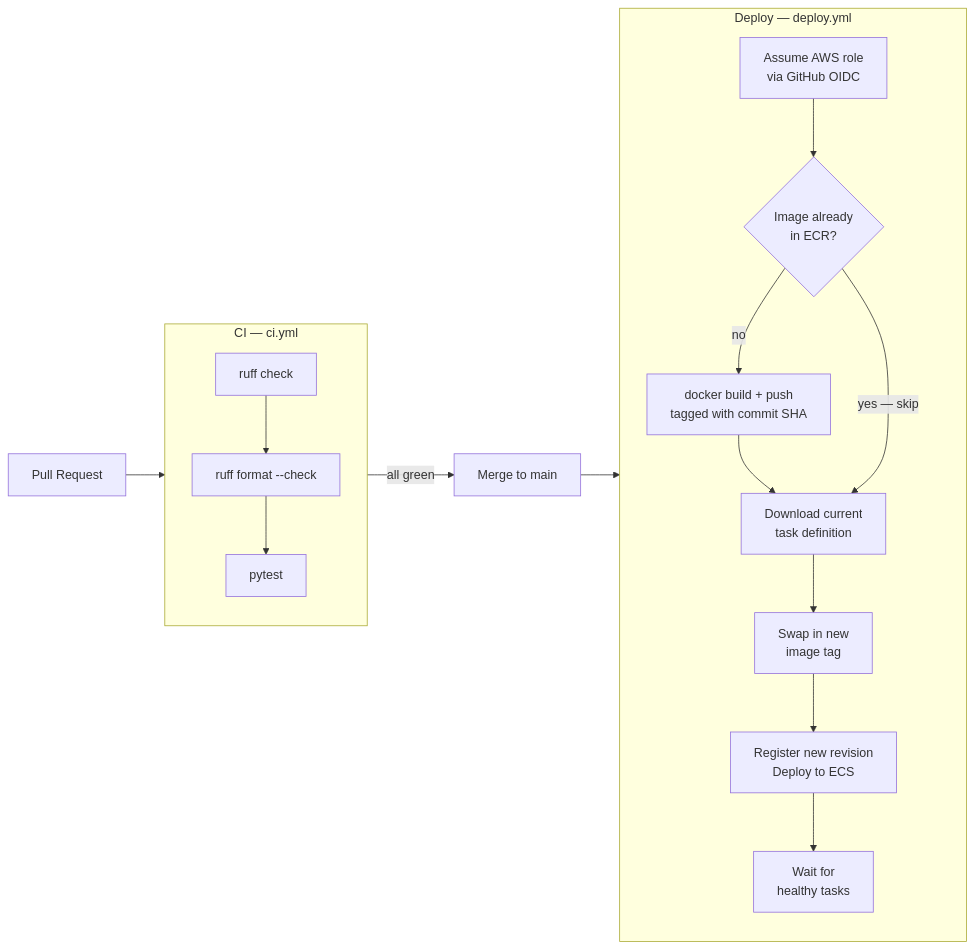
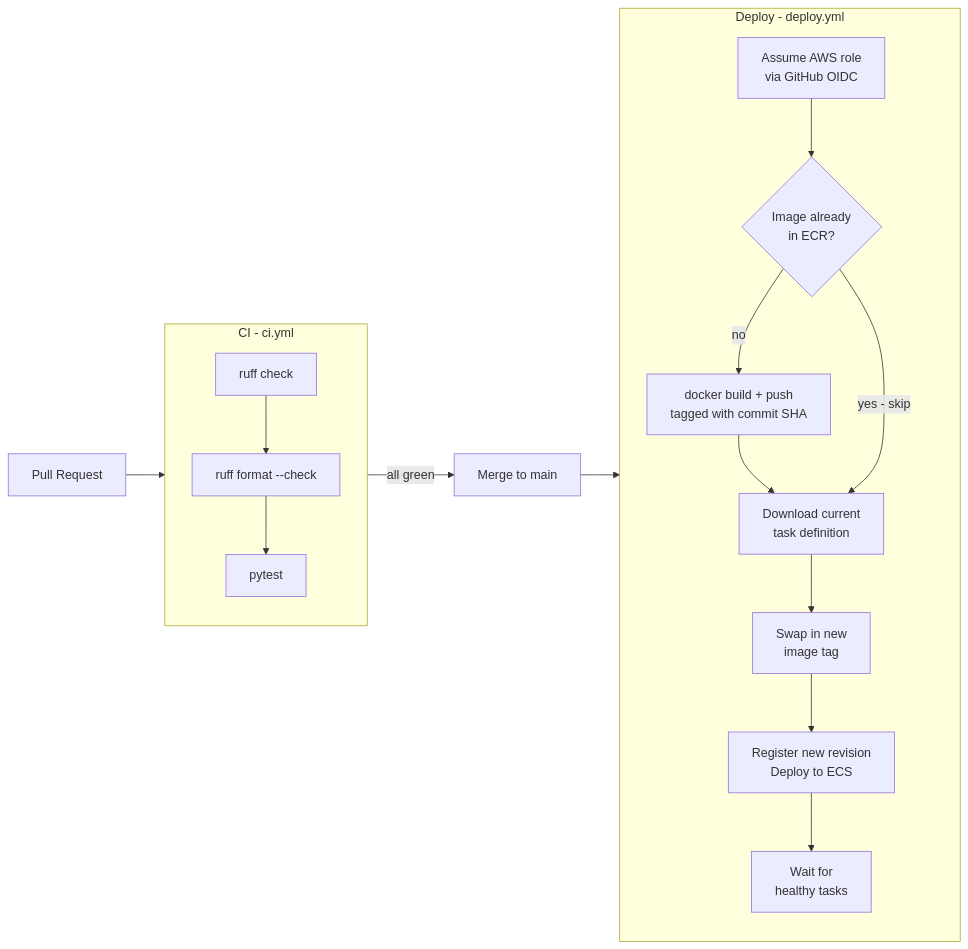
One commit to alphagov/datagovuk-data-prototype changed the diagram in README.md. Above: the diagram before and after it, drawn with Mermaid. The commit also changed other lines of this file and 21 other files, not shown here.

````diff
--- a/README.md
+++ b/README.md
@@ -17,30 +17,30 @@
 ```mermaid
 flowchart LR
     PR[Pull Request] --> CI
 
-    subgraph CI["CI — ci.yml"]
+    subgraph CI["CI - ci.yml"]
         Lint[ruff check]
         Format[ruff format --check]
         Tests[pytest]
         Lint --> Format --> Tests
     end
 
     CI -->|all green| Merge[Merge to main]
 
-    subgraph Deploy["Deploy — deploy.yml"]
+    subgraph Deploy["Deploy - deploy.yml"]
         OIDC[Assume AWS role\nvia GitHub OIDC]
         ECR{Image already\nin ECR?}
         Build[docker build + push\ntagged with commit SHA]
         TaskDef[Download current\ntask definition]
         Render[Swap in new\nimage tag]
         ECS[Register new revision\nDeploy to ECS]
         Wait[Wait for\nhealthy tasks]
 
         OIDC --> ECR
         ECR -->|no| Build --> TaskDef
-        ECR -->|yes — skip| TaskDef
+        ECR -->|yes - skip| TaskDef
         TaskDef --> Render --> ECS --> Wait
     end
 
     Merge --> Deploy
 ```
````
